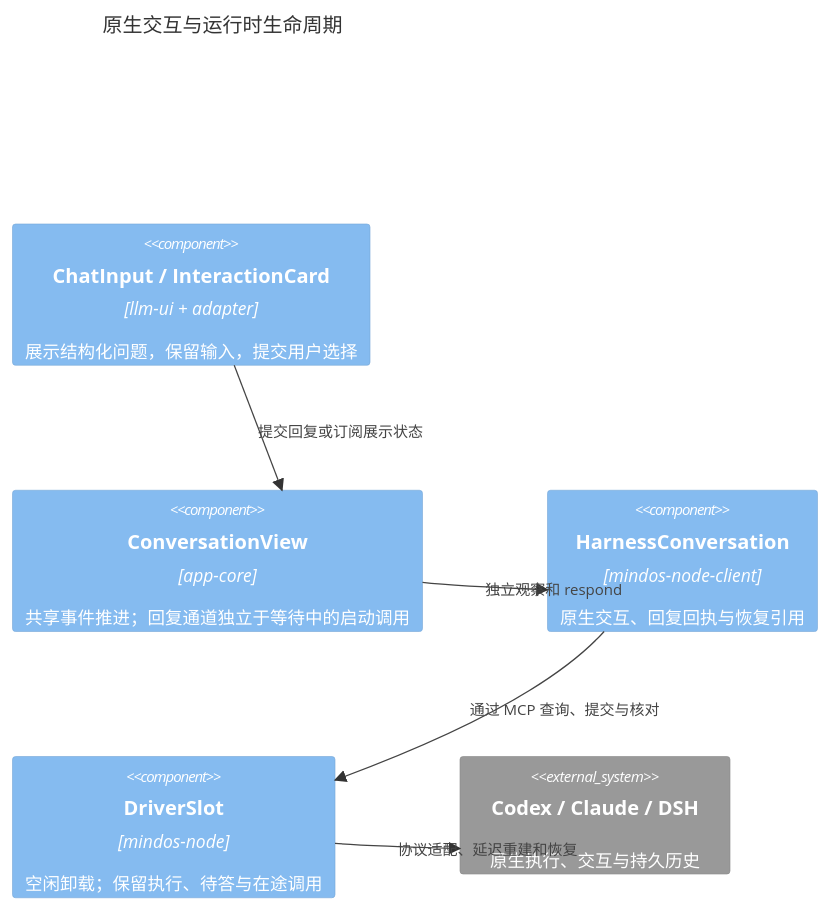
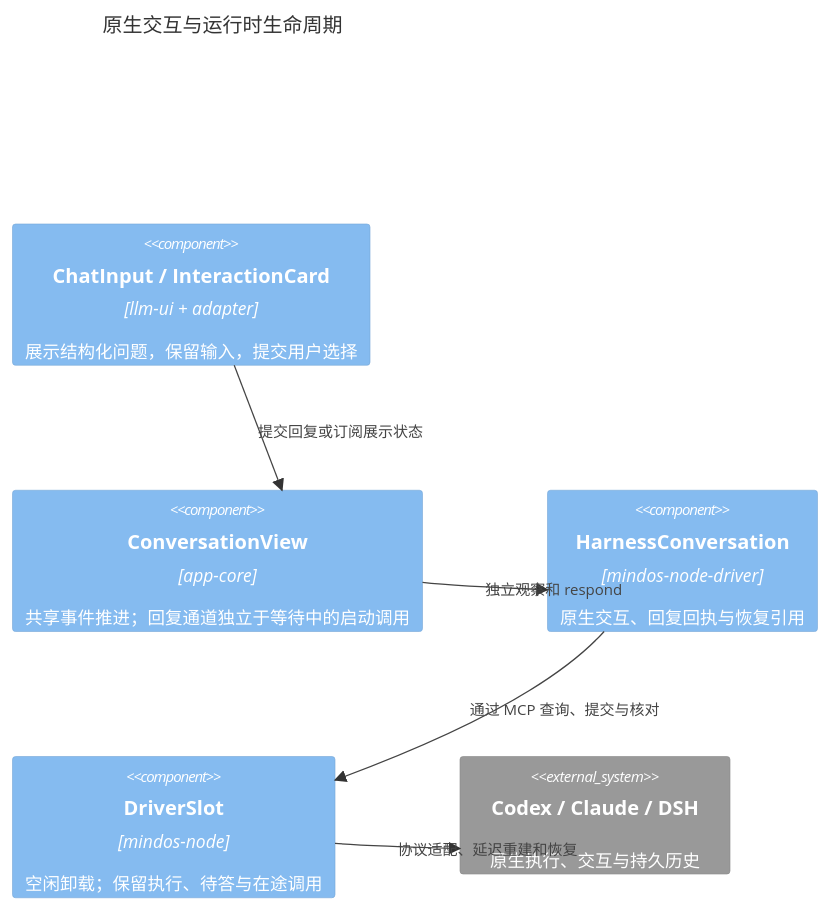
One commit to mushuanli/NestOS changed the fourth of 6 diagrams in doc/design/vfs-session-browser.md. Above: the diagram before and after it, drawn with Mermaid. The commit also changed other lines of this file and 78 other files, not shown here.

Commit message:
refactor(mindos-node-driver): unify workspace naming and repository references

````diff
--- a/doc/design/vfs-session-browser.md
+++ b/doc/design/vfs-session-browser.md
@@ -415,13 +415,13 @@
 ```mermaid
 C4Component
   title 原生交互与运行时生命周期
   Component(ui, "ChatInput / InteractionCard", "llm-ui + adapter", "展示结构化问题，保留输入，提交用户选择")
   Component(view, "ConversationView", "app-core", "共享事件推进；回复通道独立于等待中的启动调用")
-  Component(driver, "HarnessConversation", "mindos-node-client", "原生交互、回复回执与恢复引用")
+  Component(driver, "HarnessConversation", "mindos-node-driver", "原生交互、回复回执与恢复引用")
   Component(slot, "DriverSlot", "mindos-node", "空闲卸载；保留执行、待答与在途调用")
   System_Ext(native, "Codex / Claude / DSH", "原生执行、交互与持久历史")
   Rel(ui, view, "提交回复或订阅展示状态")
   Rel(view, driver, "独立观察和 respond")
   Rel(driver, slot, "通过 MCP 查询、提交与核对")
   Rel(slot, native, "协议适配、延迟重建和恢复")
 ```
````
